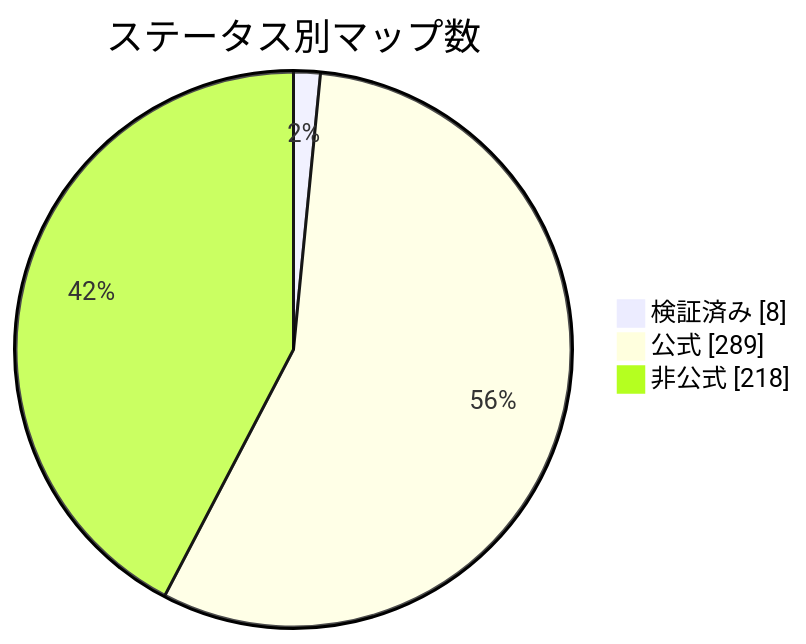
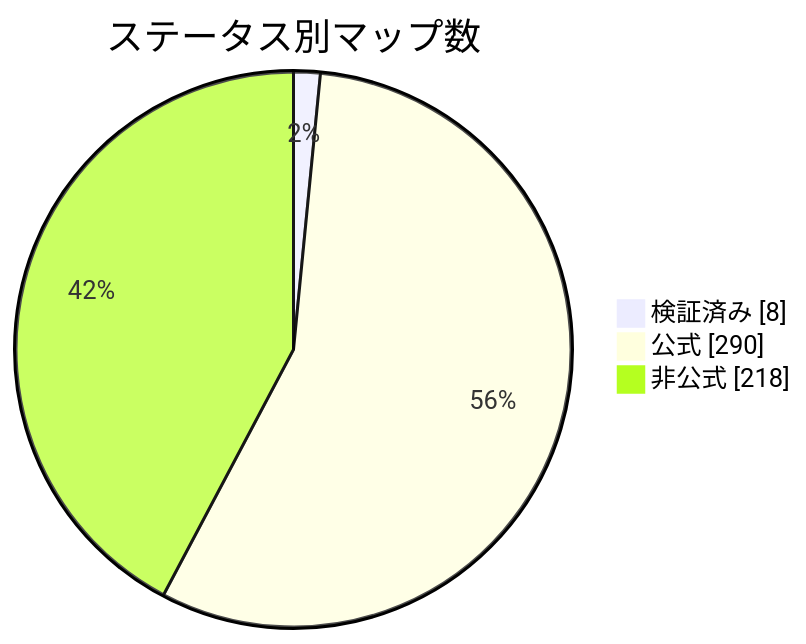
One commit to nobrega8/mbmap-library changed the diagram in docs/readme/README_JP.md. Above: the diagram before and after it, drawn with Mermaid. The commit also changed 5 other files, not shown here.

````diff
--- a/docs/readme/README_JP.md
+++ b/docs/readme/README_JP.md
@@ -54,7 +54,7 @@
 ```mermaid
 pie showData
     title ステータス別マップ数
     "検証済み" : 8
-    "公式" : 289
+    "公式" : 290
     "非公式" : 218
 ```
````
